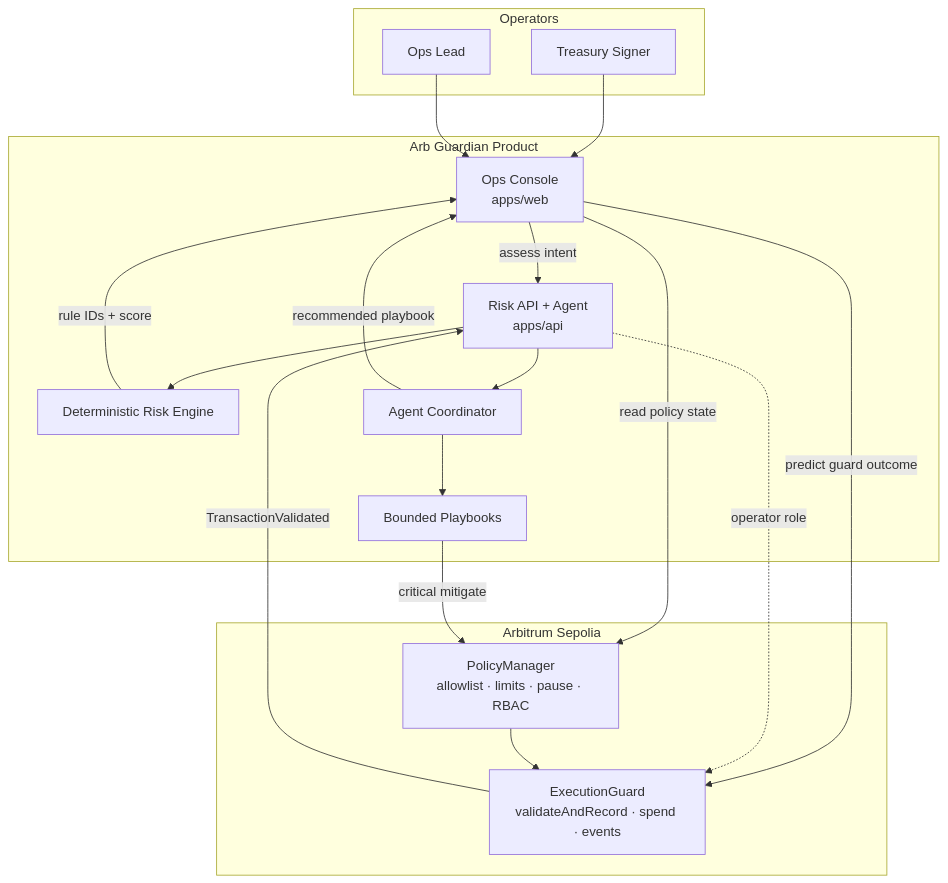
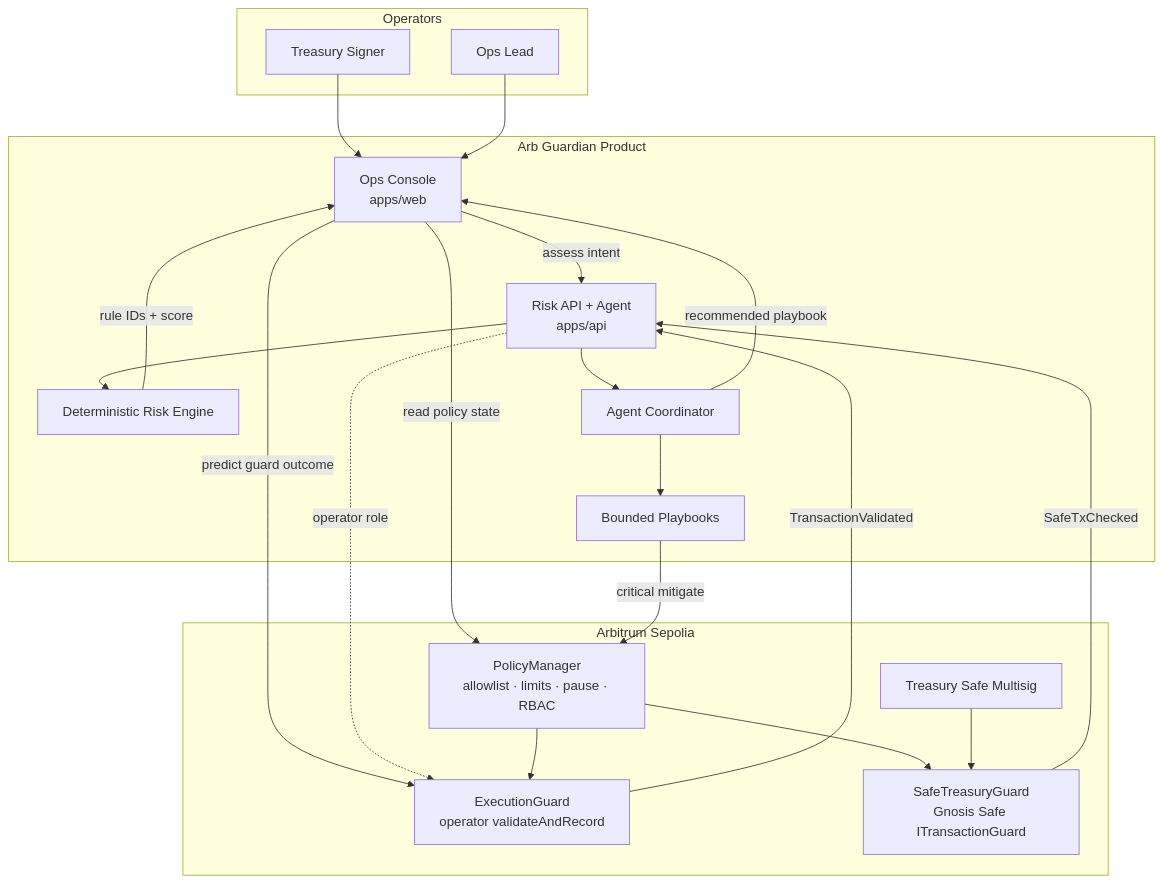
The first of 3 diagrams in README.md (thesithunyein/arb-guardian), drawn with Mermaid before and after one commit. The commit also changed other lines of this file and 26 other files, not shown here.

First line of the commit message:
Ship SafeTreasuryGuard, Sepolia redeploy proof, and public Vercel API.

````diff
--- a/README.md
+++ b/README.md
@@ -56,35 +61,40 @@
 ```mermaid
 flowchart TB
   subgraph Operators
     signer[Treasury Signer]
     ops[Ops Lead]
   end
 
   subgraph Product["Arb Guardian Product"]
     ui[Ops Console<br/>apps/web]
     api[Risk API + Agent<br/>apps/api]
     engine[Deterministic Risk Engine]
     agent[Agent Coordinator]
     playbooks[Bounded Playbooks]
   end
 
   subgraph Onchain["Arbitrum Sepolia"]
     policy[PolicyManager<br/>allowlist · limits · pause · RBAC]
-    guard[ExecutionGuard<br/>validateAndRecord · spend · events]
+    guard[ExecutionGuard<br/>operator validateAndRecord]
+    safeGuard[SafeTreasuryGuard<br/>Gnosis Safe ITransactionGuard]
+    safe[Treasury Safe Multisig]
   end
 
   signer --> ui
   ops --> ui
   ui -->|assess intent| api
   ui -->|read policy state| policy
   ui -->|predict guard outcome| guard
   api --> engine
   api --> agent
   agent --> playbooks
   playbooks -->|critical mitigate| policy
   engine -->|rule IDs + score| ui
   agent -->|recommended playbook| ui
   api -.->|operator role| guard
   policy --> guard
+  policy --> safeGuard
+  safe --> safeGuard
   guard -->|TransactionValidated| api
+  safeGuard -->|SafeTxChecked| api
 ```
````
